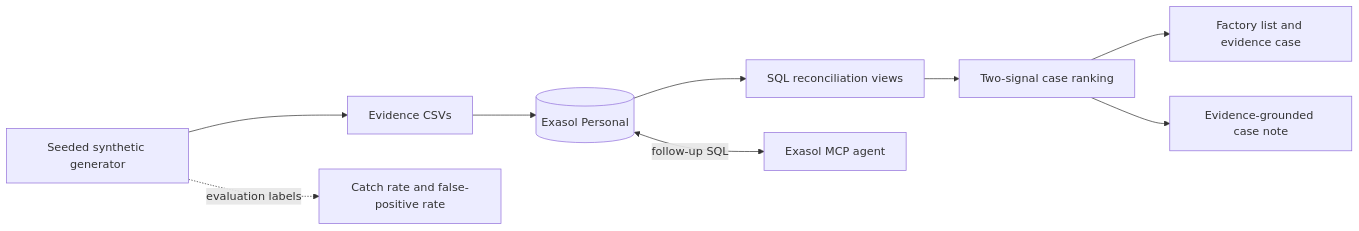
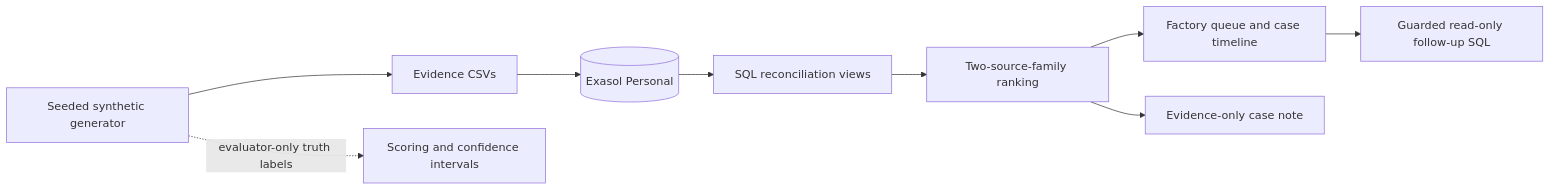
The diagram in README.md (kushagragupta2005/gst-evidence-reconciliation), drawn with Mermaid before and after one commit. The commit also changed other lines of this file and 33 other files, not shown here.

````diff
--- a/README.md
+++ b/README.md
@@ -249,11 +36,11 @@
 ```mermaid
 flowchart LR
   G[Seeded synthetic generator] --> CSV[Evidence CSVs]
   CSV --> DB[(Exasol Personal)]
   DB --> V[SQL reconciliation views]
-  V --> C[Two-signal case ranking]
-  C --> UI[Factory list and evidence case]
-  C --> N[Evidence-grounded case note]
-  G -. evaluation labels .-> M[Catch rate and false-positive rate]
-  DB <-->|follow-up SQL| A[Exasol MCP agent]
+  V --> R[Two-source-family ranking]
+  R --> UI[Factory queue and case timeline]
+  R --> N[Evidence-only case note]
+  G -. evaluator-only truth labels .-> E[Scoring and confidence intervals]
+  UI --> Q[Guarded read-only follow-up SQL]
 ```
````
